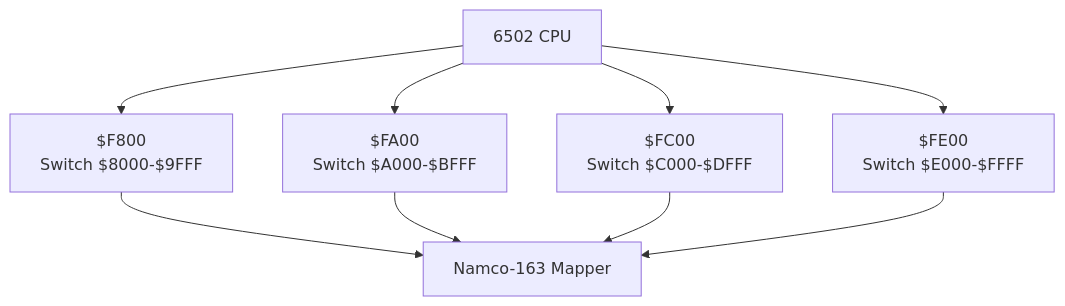
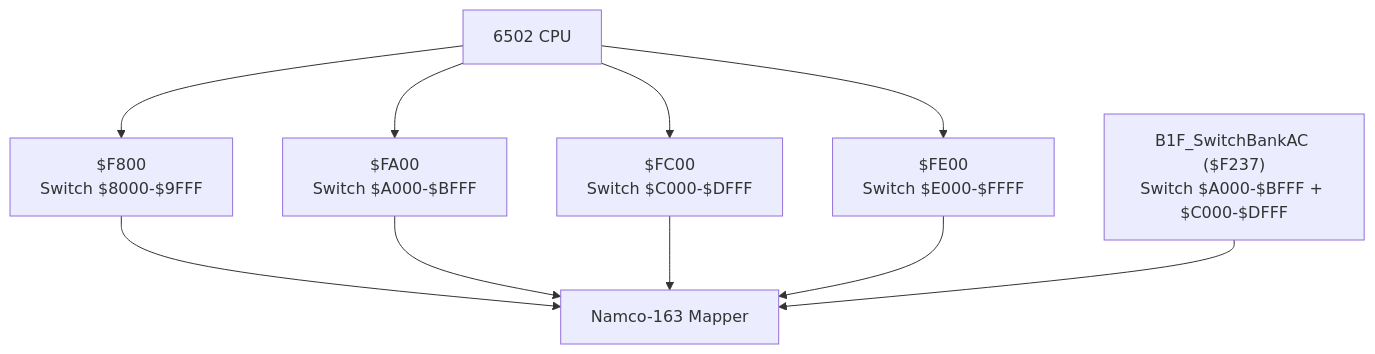
One commit to rabbyzero/sango2dasm changed the second of 3 diagrams in .qoder/repowiki/en/content/Assembly Architecture/Bank Organization and Memory Layout.md. Above: the diagram before and after it, drawn with Mermaid. The commit also changed other lines of this file and 21 other files, not shown here.

````diff
--- a/.qoder/repowiki/en/content/Assembly Architecture/Bank Organization and Memory Layout.md
+++ b/.qoder/repowiki/en/content/Assembly Architecture/Bank Organization and Memory Layout.md
@@ -101,17 +115,19 @@
 ```mermaid
 graph TB
 CPU["6502 CPU"]
 MAPPER["Namco-163 Mapper"]
 REG8000["$F800<br/>Switch $8000-$9FFF"]
 REGA000["$FA00<br/>Switch $A000-$BFFF"]
 REGC000["$FC00<br/>Switch $C000-$DFFF"]
 REGE000["$FE00<br/>Switch $E000-$FFFF"]
+SWITCHAC["B1F_SwitchBankAC ($F237)<br/>Switch $A000-$BFFF + $C000-$DFFF"]
 CPU --> REG8000
 CPU --> REGA000
 CPU --> REGC000
 CPU --> REGE000
 REG8000 --> MAPPER
 REGA000 --> MAPPER
 REGC000 --> MAPPER
 REGE000 --> MAPPER
+SWITCHAC --> MAPPER
 ```
````
